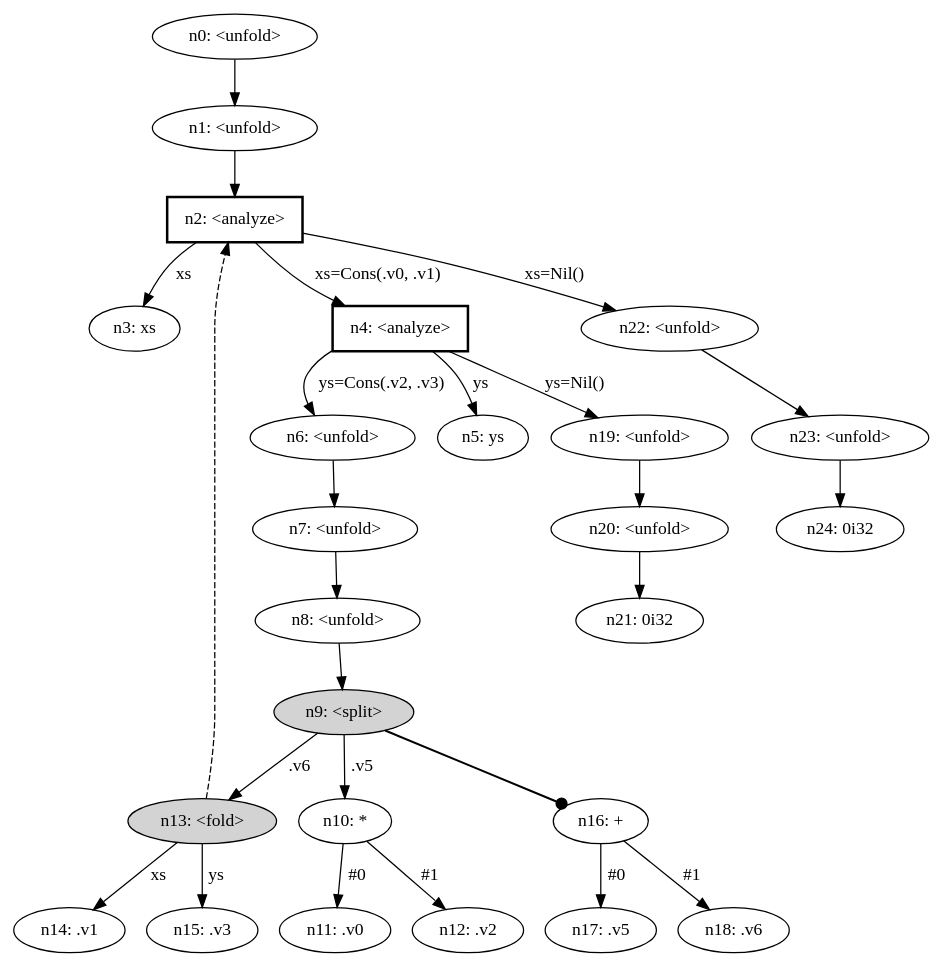
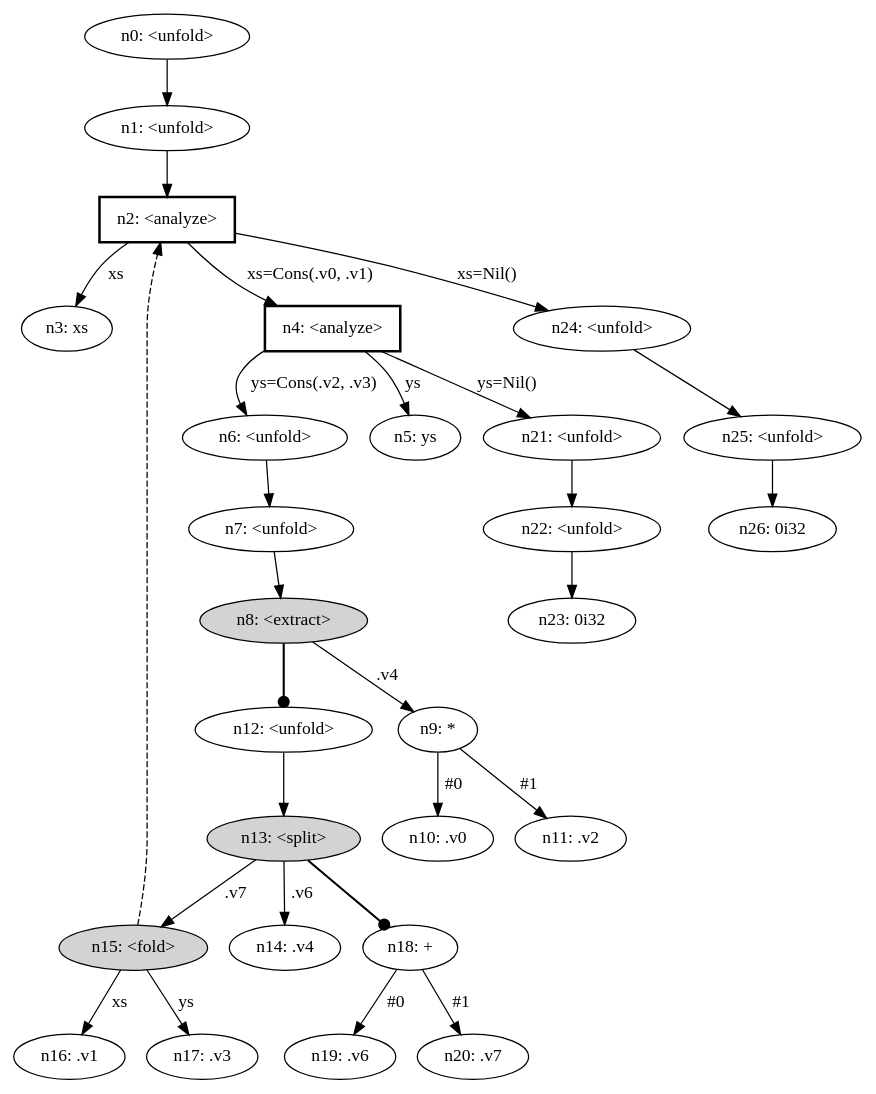
One commit to mazeppa-dev/mazeppa changed the diagram in examples/raytracer-loop/target/graph.dot. Above: the diagram before and after it, drawn with Graphviz. The commit also changed 34 other files, not shown here.

```diff
--- a/examples/raytracer-loop/target/graph.dot
+++ b/examples/raytracer-loop/target/graph.dot
@@ -1,54 +1,58 @@
 digraph {
     node [fontname="bold helvetica"];
     edge [fontname="bold helvetica"];
     n0 [label="n0: <unfold>"];
     n1 [label="n1: <unfold>"];
     n0 -> n1;
     n2 [label="n2: <analyze>"] [shape=box style=bold];
     n1 -> n2;
     n3 [label="n3: xs"];
     n2 -> n3 [label=" xs "];
     n4 [label="n4: <analyze>"] [shape=box style=bold];
     n2 -> n4 [label=" xs=Cons(.v0, .v1) "];
     n5 [label="n5: ys"];
     n4 -> n5 [label=" ys "];
     n6 [label="n6: <unfold>"];
     n4 -> n6 [label=" ys=Cons(.v2, .v3) "];
     n7 [label="n7: <unfold>"];
     n6 -> n7;
-    n8 [label="n8: <unfold>"];
+    n8 [label="n8: <extract>"] [style=filled];
     n7 -> n8;
-    n9 [label="n9: <split>"] [style=filled];
-    n8 -> n9;
-    n10 [label="n10: *"];
-    n9 -> n10 [label=" .v5 "];
-    n11 [label="n11: .v0"];
-    n10 -> n11 [label=" #0 "];
-    n12 [label="n12: .v2"];
-    n10 -> n12 [label=" #1 "];
-    n13 [label="n13: <fold>"] [style=filled];
-    n9 -> n13 [label=" .v6 "];
-    n13 -> n2 [style=dashed];
-    n14 [label="n14: .v1"];
-    n13 -> n14 [label=" xs "];
-    n15 [label="n15: .v3"];
-    n13 -> n15 [label=" ys "];
-    n16 [label="n16: +"];
-    n9 -> n16 [penwidth=1.7 arrowhead=dot];
-    n17 [label="n17: .v5"];
-    n16 -> n17 [label=" #0 "];
-    n18 [label="n18: .v6"];
-    n16 -> n18 [label=" #1 "];
-    n19 [label="n19: <unfold>"];
-    n4 -> n19 [label=" ys=Nil() "];
-    n20 [label="n20: <unfold>"];
-    n19 -> n20;
-    n21 [label="n21: 0i32"];
-    n20 -> n21;
+    n9 [label="n9: *"];
+    n8 -> n9 [label=" .v4 "];
+    n10 [label="n10: .v0"];
+    n9 -> n10 [label=" #0 "];
+    n11 [label="n11: .v2"];
+    n9 -> n11 [label=" #1 "];
+    n12 [label="n12: <unfold>"];
+    n8 -> n12 [penwidth=1.7 arrowhead=dot];
+    n13 [label="n13: <split>"] [style=filled];
+    n12 -> n13;
+    n14 [label="n14: .v4"];
+    n13 -> n14 [label=" .v6 "];
+    n15 [label="n15: <fold>"] [style=filled];
+    n13 -> n15 [label=" .v7 "];
+    n15 -> n2 [style=dashed];
+    n16 [label="n16: .v1"];
+    n15 -> n16 [label=" xs "];
+    n17 [label="n17: .v3"];
+    n15 -> n17 [label=" ys "];
+    n18 [label="n18: +"];
+    n13 -> n18 [penwidth=1.7 arrowhead=dot];
+    n19 [label="n19: .v6"];
+    n18 -> n19 [label=" #0 "];
+    n20 [label="n20: .v7"];
+    n18 -> n20 [label=" #1 "];
+    n21 [label="n21: <unfold>"];
+    n4 -> n21 [label=" ys=Nil() "];
     n22 [label="n22: <unfold>"];
-    n2 -> n22 [label=" xs=Nil() "];
-    n23 [label="n23: <unfold>"];
+    n21 -> n22;
+    n23 [label="n23: 0i32"];
     n22 -> n23;
-    n24 [label="n24: 0i32"];
-    n23 -> n24;
+    n24 [label="n24: <unfold>"];
+    n2 -> n24 [label=" xs=Nil() "];
+    n25 [label="n25: <unfold>"];
+    n24 -> n25;
+    n26 [label="n26: 0i32"];
+    n25 -> n26;
 }
```
